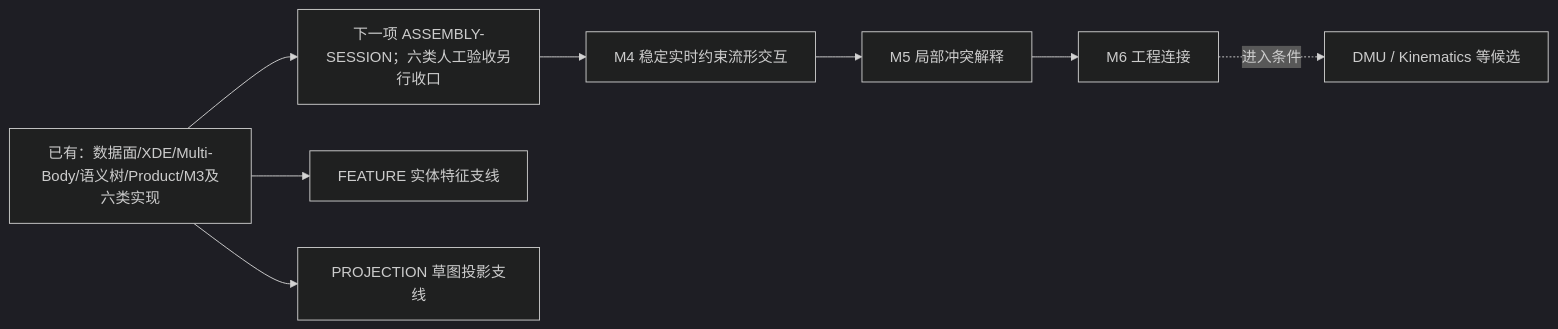
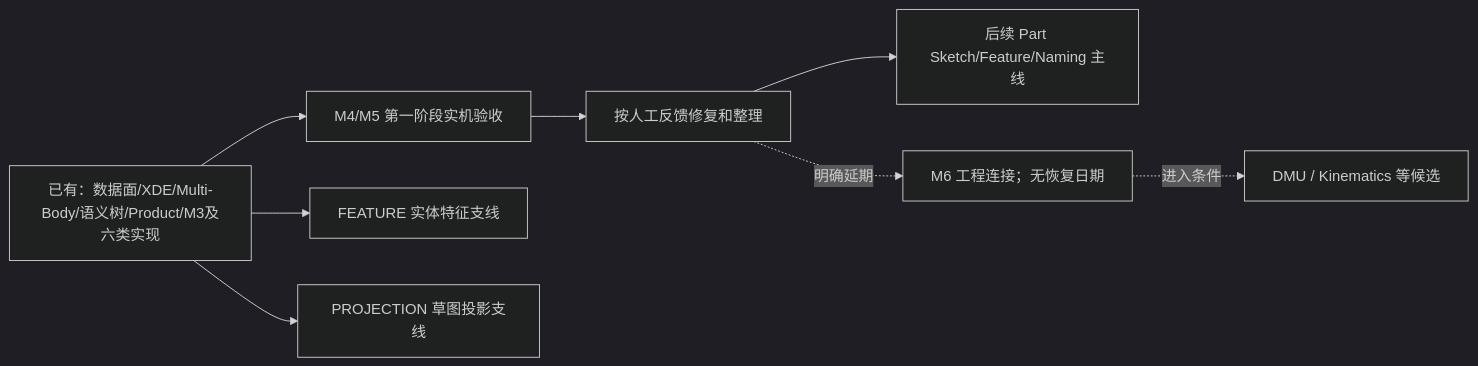
The diagram in plans/README.md (cossoledad/occccad), drawn with Mermaid (dark theme) before and after one commit. The commit also changed other lines of this file and 59 other files, not shown here.

````diff
--- a/plans/README.md
+++ b/plans/README.md
@@ -11,10 +11,10 @@
 ```mermaid
 flowchart LR
-    Baseline["已有：数据面/XDE/Multi-Body/语义树/Product/M3及六类实现"] --> Session["下一项 ASSEMBLY-SESSION；六类人工验收另行收口"]
-    Session --> Drag["M4 稳定实时约束流形交互"]
-    Drag --> Conflict["M5 局部冲突解释"]
-    Conflict --> Connection["M6 工程连接"]
+    Baseline["已有：数据面/XDE/Multi-Body/语义树/Product/M3及六类实现"] --> Acceptance["M4/M5 第一阶段实机验收"]
+    Acceptance --> Closeout["按人工反馈修复和整理"]
+    Closeout --> Part["后续 Part Sketch/Feature/Naming 主线"]
+    Closeout -.明确延期.-> Connection["M6 工程连接；无恢复日期"]
     Baseline --> Feature["FEATURE 实体特征支线"]
     Baseline --> Projection["PROJECTION 草图投影支线"]
     Connection -.进入条件.-> Future["DMU / Kinematics 等候选"]
 ```
````
